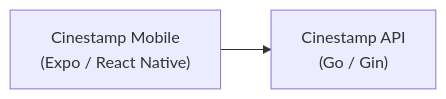
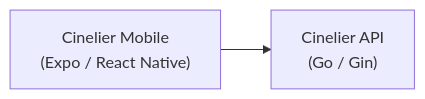
One commit to masaya-nishimura-09/movie-log-mobile changed the diagram in README.ja.md. Above: the diagram before and after it, drawn with Mermaid. The commit also changed other lines of this file and 16 other files, not shown here.

````diff
--- a/README.ja.md
+++ b/README.ja.md
@@ -35,4 +35,4 @@
 ```mermaid
 flowchart LR
-    phone["Cinestamp Mobile<br/>(Expo / React Native)"] --> api["Cinestamp API<br/>(Go / Gin)"]
+    phone["Cinelier Mobile<br/>(Expo / React Native)"] --> api["Cinelier API<br/>(Go / Gin)"]
 ```
````
